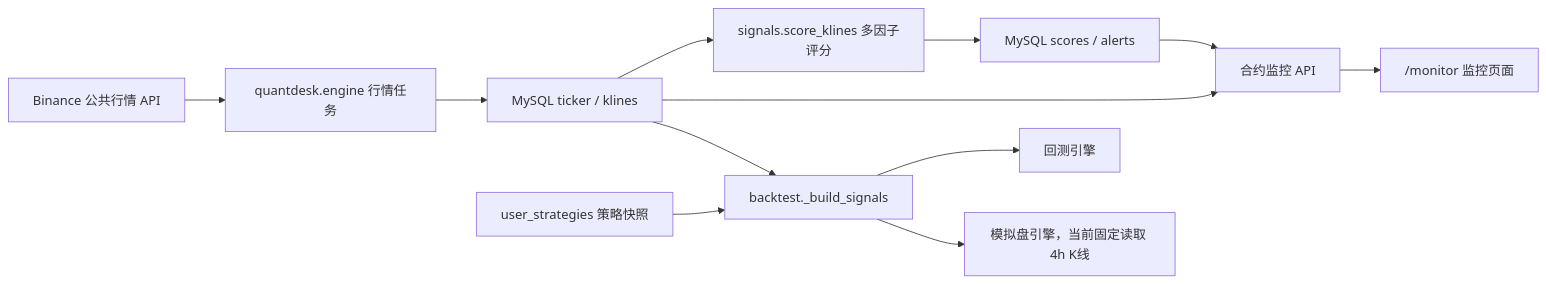
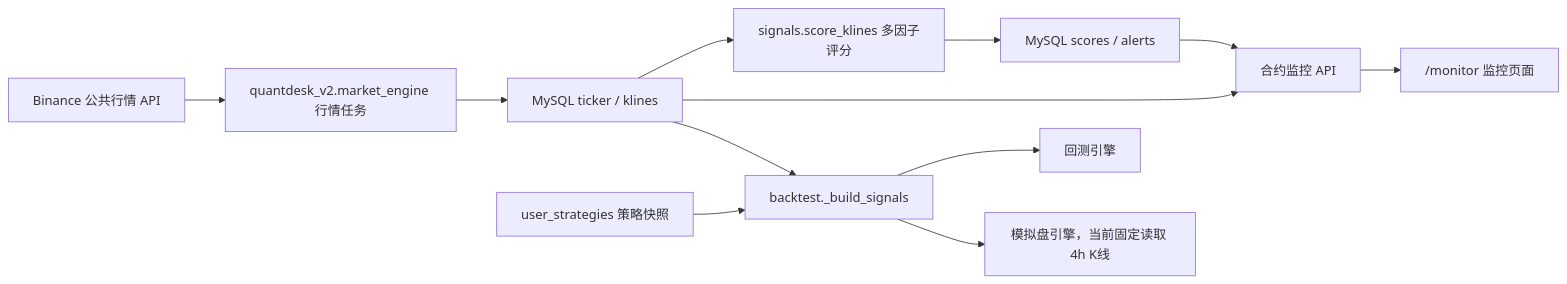
One commit to pr0blems/QuantDesk changed the first of 2 diagrams in docs/策略中心重构开发方案.md. Above: the diagram before and after it, drawn with Mermaid. The commit also changed other lines of this file and 56 other files, not shown here.

````diff
--- a/docs/策略中心重构开发方案.md
+++ b/docs/策略中心重构开发方案.md
@@ -48,14 +48,14 @@
 ```mermaid
 flowchart LR
-    A["Binance 公共行情 API"] --> B["quantdesk.engine 行情任务"]
+    A["Binance 公共行情 API"] --> B["quantdesk_v2.market_engine 行情任务"]
     B --> C["MySQL ticker / klines"]
     C --> D["signals.score_klines 多因子评分"]
     D --> E["MySQL scores / alerts"]
     C --> F["合约监控 API"]
     E --> F
     F --> G["/monitor 监控页面"]
     C --> H["backtest._build_signals"]
     I["user_strategies 策略快照"] --> H
     H --> J["回测引擎"]
     H --> K["模拟盘引擎，当前固定读取 4h K线"]
 ```
````
